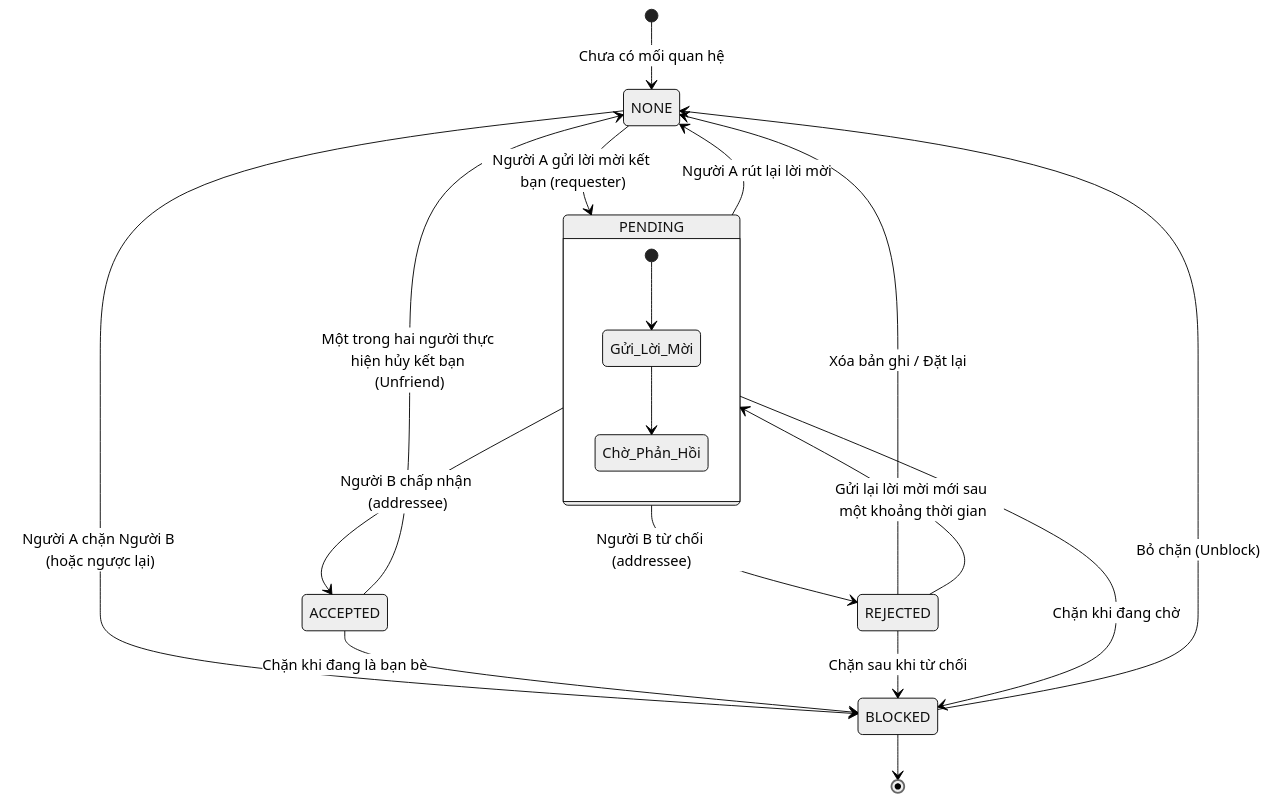
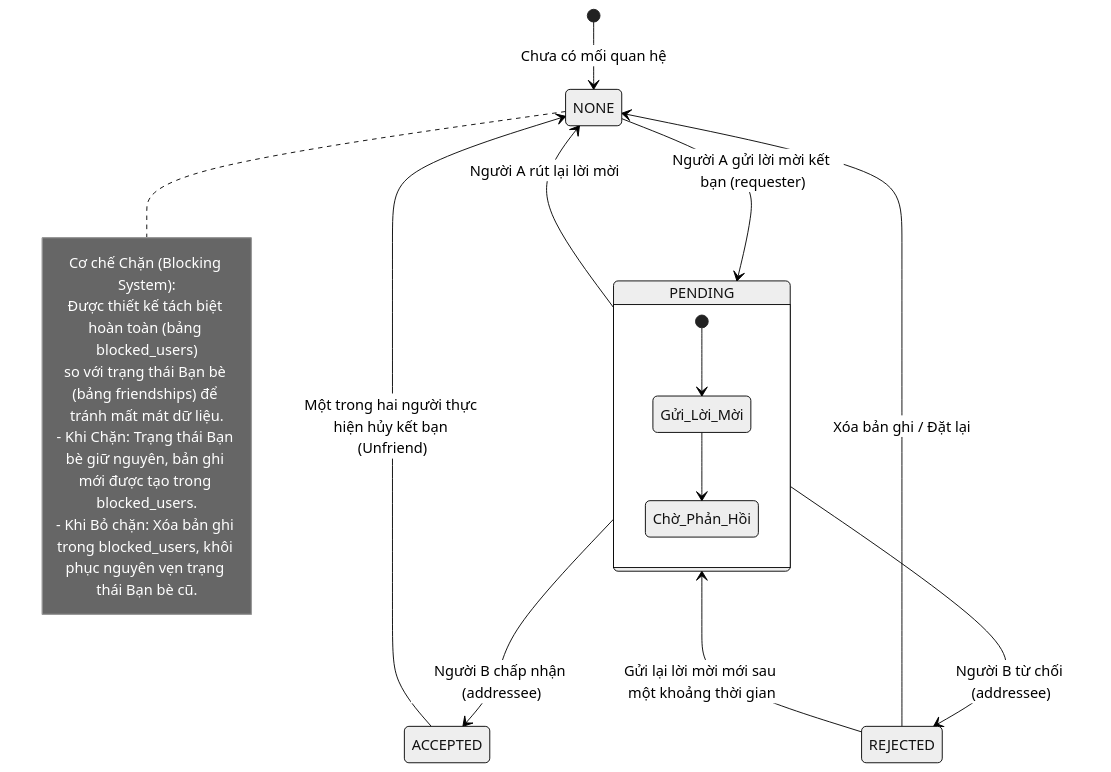
The diagram in docs/diagrams/friendship_state_machine.mmd (VUVANQUANIT/NexChat), drawn with Mermaid (neutral theme) before and after one commit. The commit also changed 6 other files, not shown here.

Commit message:
docs: resolve system architecture issues and fix diagram paths

```diff
--- a/docs/diagrams/friendship_state_machine.mmd
+++ b/docs/diagrams/friendship_state_machine.mmd
@@ -1,27 +1,26 @@
 stateDiagram-v2
     [*] --> NONE: Chưa có mối quan hệ
 
     NONE --> PENDING: Người A gửi lời mời kết bạn (requester)
     
     state PENDING {
         [*] --> Gửi_Lời_Mời
         Gửi_Lời_Mời --> Chờ_Phản_Hồi
     }
 
     PENDING --> ACCEPTED: Người B chấp nhận (addressee)
     PENDING --> REJECTED: Người B từ chối (addressee)
     PENDING --> NONE: Người A rút lại lời mời
 
     REJECTED --> PENDING: Gửi lại lời mời mới sau một khoảng thời gian
     REJECTED --> NONE: Xóa bản ghi / Đặt lại
 
     ACCEPTED --> NONE: Một trong hai người thực hiện hủy kết bạn (Unfriend)
     
-    %% Trạng thái Block có thể xảy ra bất cứ lúc nào
-    NONE --> BLOCKED: Người A chặn Người B (hoặc ngược lại)
-    PENDING --> BLOCKED: Chặn khi đang chờ
-    ACCEPTED --> BLOCKED: Chặn khi đang là bạn bè
-    REJECTED --> BLOCKED: Chặn sau khi từ chối
-
-    BLOCKED --> NONE: Bỏ chặn (Unblock)
-    BLOCKED --> [*]
+    note right of NONE
+        Cơ chế Chặn (Blocking System):
+        Được thiết kế tách biệt hoàn toàn (bảng blocked_users)
+        so với trạng thái Bạn bè (bảng friendships) để tránh mất mát dữ liệu.
+        - Khi Chặn: Trạng thái Bạn bè giữ nguyên, bản ghi mới được tạo trong blocked_users.
+        - Khi Bỏ chặn: Xóa bản ghi trong blocked_users, khôi phục nguyên vẹn trạng thái Bạn bè cũ.
+    end note
```
